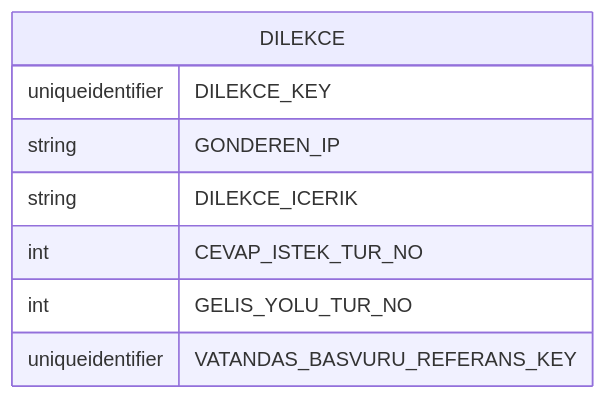
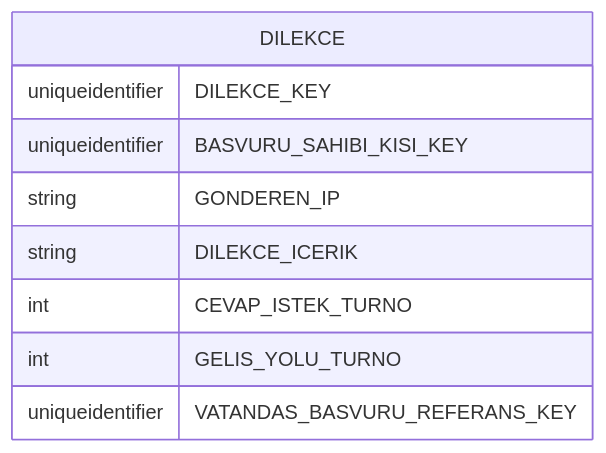
The diagram in mermaid-dilekce-oracle.qmd (ati-ozgur/database-standards), drawn with Mermaid before and after one commit. The commit also changed 1 other file, not shown here.

Commit message:
düzeltme

````diff
--- a/mermaid-dilekce-oracle.qmd
+++ b/mermaid-dilekce-oracle.qmd
@@ -1,11 +1,12 @@
 ```{mermaid}
 erDiagram
     DILEKCE {
         uniqueidentifier DILEKCE_KEY
+		uniqueidentifier BASVURU_SAHIBI_KISI_KEY
         string GONDEREN_IP
         string DILEKCE_ICERIK
-        int CEVAP_ISTEK_TUR_NO
-        int GELIS_YOLU_TUR_NO
+        int CEVAP_ISTEK_TURNO
+        int GELIS_YOLU_TURNO
         uniqueidentifier VATANDAS_BASVURU_REFERANS_KEY
     }
 ```
````
